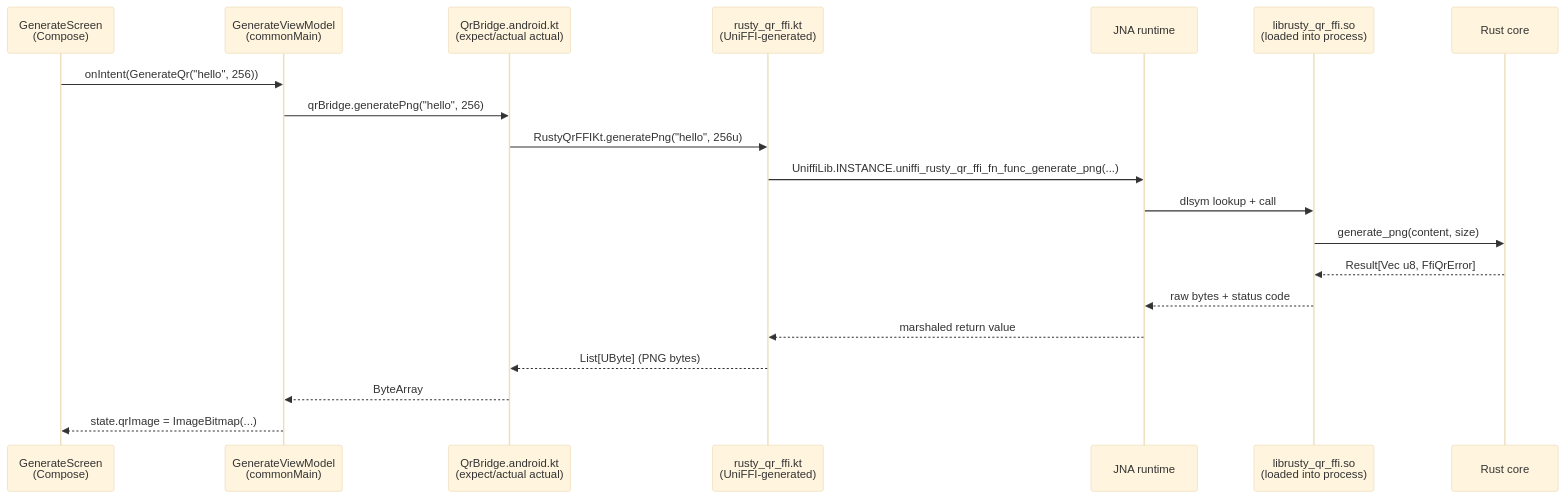
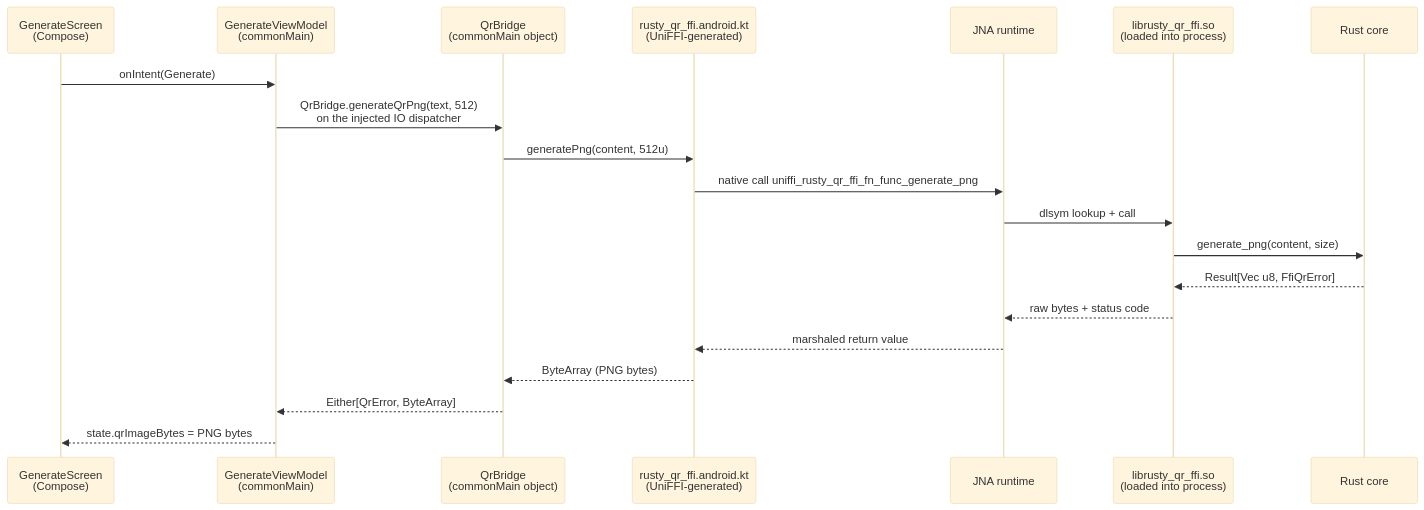
One commit to prasannajeet/RustyQR changed the sixth of 7 diagrams in docs/ARCHITECTURE.md. Above: the diagram before and after it, drawn with Mermaid (base theme). The commit also changed other lines of this file and 25 other files, not shown here.

````diff
--- a/docs/ARCHITECTURE.md
+++ b/docs/ARCHITECTURE.md
@@ -399,23 +418,23 @@
 ```mermaid
 sequenceDiagram
     participant UI as GenerateScreen<br/>(Compose)
     participant VM as GenerateViewModel<br/>(commonMain)
-    participant Bridge as QrBridge.android.kt<br/>(expect/actual actual)
-    participant Gen as rusty_qr_ffi.kt<br/>(UniFFI-generated)
+    participant Bridge as QrBridge<br/>(commonMain object)
+    participant Gen as rusty_qr_ffi.android.kt<br/>(UniFFI-generated)
     participant JNA as JNA runtime
     participant SO as librusty_qr_ffi.so<br/>(loaded into process)
     participant Rust as Rust core
 
-    UI->>VM: onIntent(GenerateQr("hello", 256))
-    VM->>Bridge: qrBridge.generatePng("hello", 256)
-    Bridge->>Gen: RustyQrFFIKt.generatePng("hello", 256u)
-    Gen->>JNA: UniffiLib.INSTANCE.uniffi_rusty_qr_ffi_fn_func_generate_png(...)
+    UI->>VM: onIntent(Generate)
+    VM->>Bridge: QrBridge.generateQrPng(text, 512)<br/>on the injected IO dispatcher
+    Bridge->>Gen: generatePng(content, 512u)
+    Gen->>JNA: native call uniffi_rusty_qr_ffi_fn_func_generate_png
     JNA->>SO: dlsym lookup + call
     SO->>Rust: generate_png(content, size)
     Rust-->>SO: Result[Vec u8, FfiQrError]
     SO-->>JNA: raw bytes + status code
     JNA-->>Gen: marshaled return value
-    Gen-->>Bridge: List[UByte] (PNG bytes)
-    Bridge-->>VM: ByteArray
-    VM-->>UI: state.qrImage = ImageBitmap(...)
+    Gen-->>Bridge: ByteArray (PNG bytes)
+    Bridge-->>VM: Either[QrError, ByteArray]
+    VM-->>UI: state.qrImageBytes = PNG bytes
 ```
````
